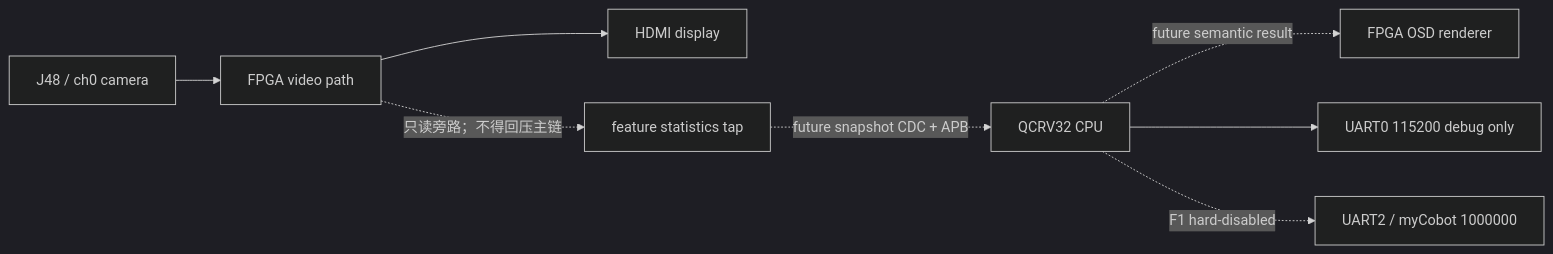
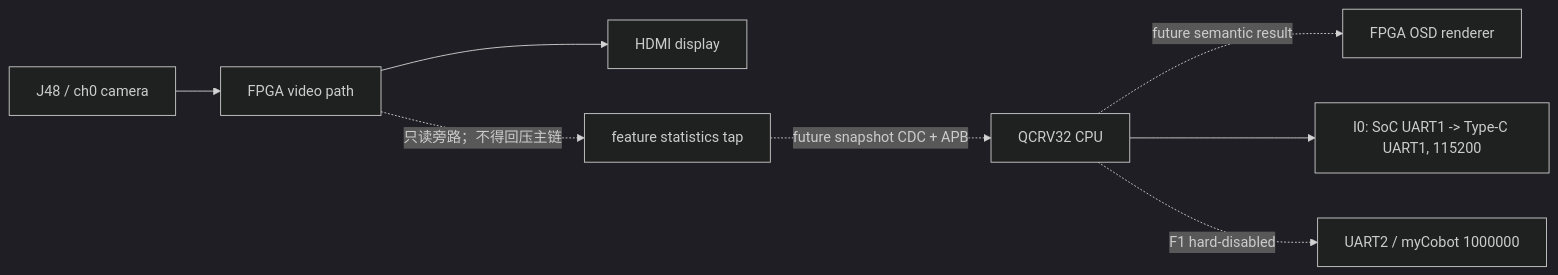
The diagram in competition_project_single_camera/integration/F1_INTERFACE_ALIGNMENT_DRAFT.md (qzs610038-star/CICC), drawn with Mermaid (dark theme) before and after one commit. The commit also changed other lines of this file and 29 other files, not shown here.

````diff
--- a/competition_project_single_camera/integration/F1_INTERFACE_ALIGNMENT_DRAFT.md
+++ b/competition_project_single_camera/integration/F1_INTERFACE_ALIGNMENT_DRAFT.md
@@ -37,10 +37,10 @@
 ```mermaid
 flowchart LR
   CAM["J48 / ch0 camera"] --> VID["FPGA video path"]
   VID --> HDMI["HDMI display"]
   VID -. "只读旁路；不得回压主链" .-> TAP["feature statistics tap"]
   TAP -. "future snapshot CDC + APB" .-> CPU["QCRV32 CPU"]
   CPU -. "future semantic result" .-> OSD["FPGA OSD renderer"]
-  CPU --> LOG["UART0 115200 debug only"]
+  CPU --> LOG["I0: SoC UART1 -> Type-C UART1, 115200"]
   CPU -. "F1 hard-disabled" .-> ARM["UART2 / myCobot 1000000"]
 ```
````
